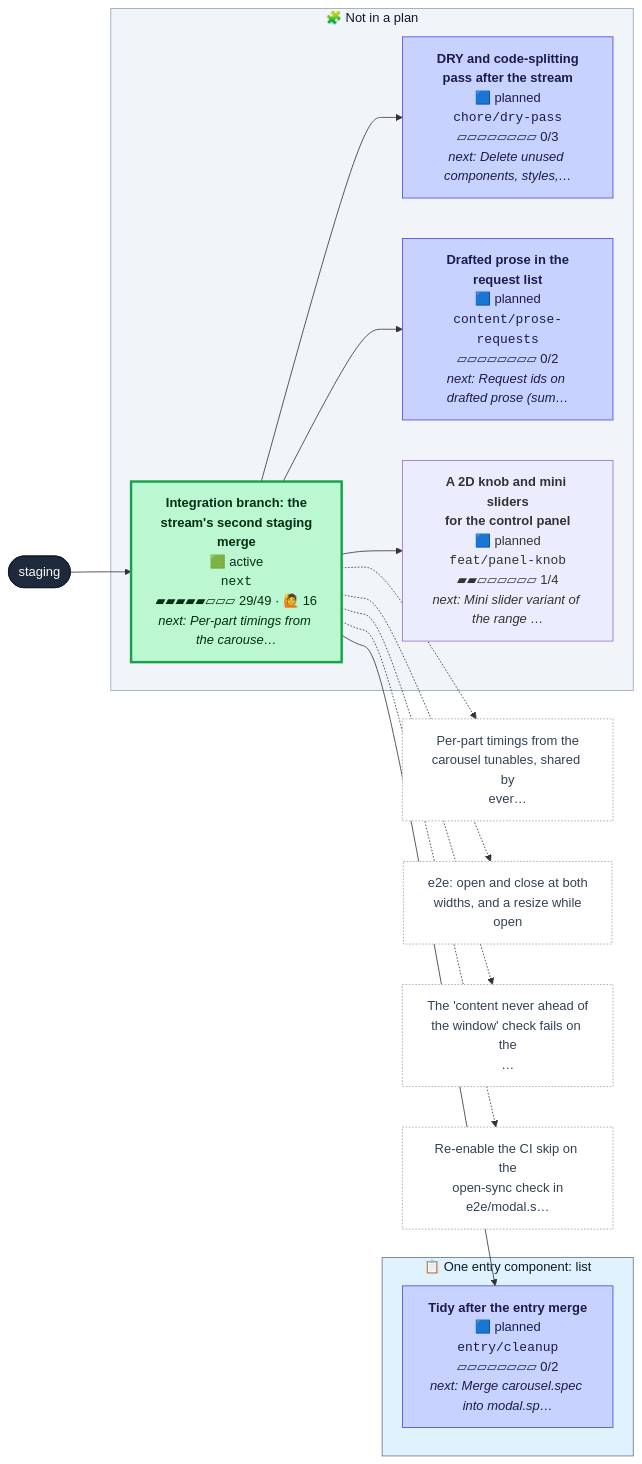
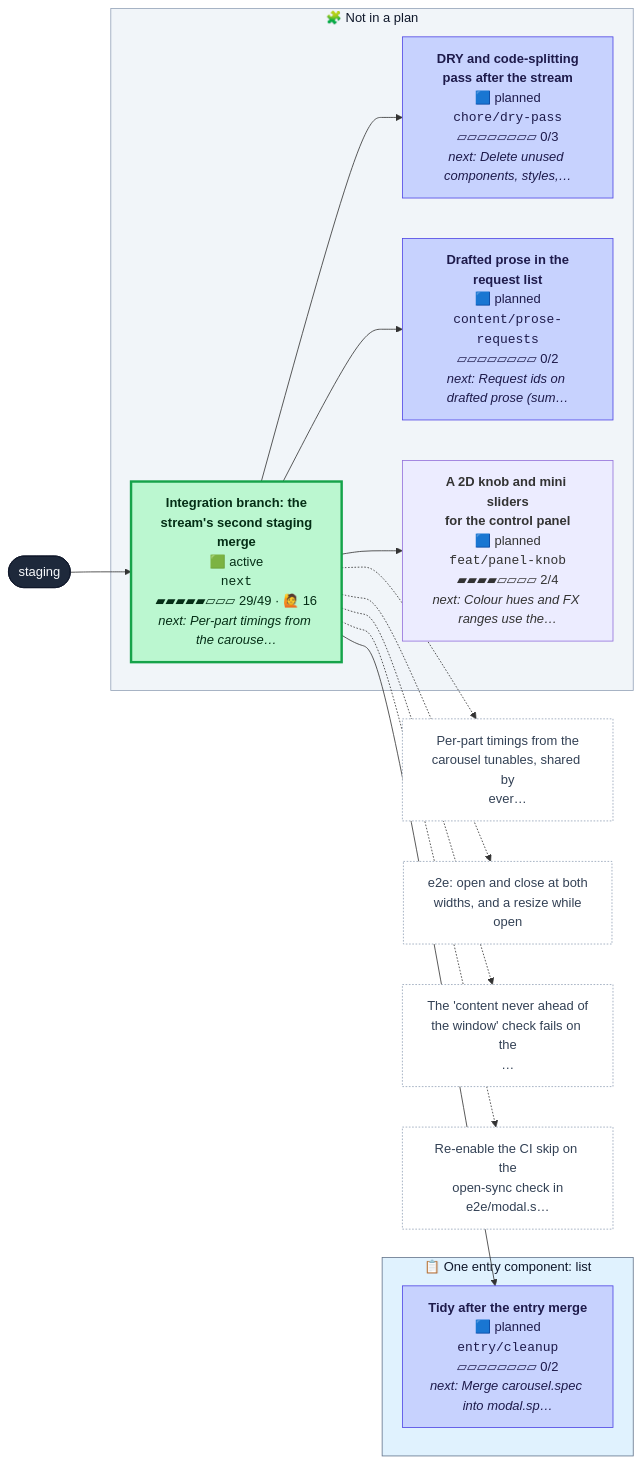
Before and after one commit to henryjonescodes/portfolio: the first of 2 diagrams in CONTRIBUTING.md, drawn with Mermaid. The commit also changed other lines of this file, not shown here.

````diff
--- a/CONTRIBUTING.md
+++ b/CONTRIBUTING.md
@@ -16,47 +16,47 @@
 ```mermaid
 flowchart LR
   n_staging([staging])
   class n_staging trunk
   subgraph plan_0["📋 One entry component: list"]
     n_entry_cleanup["<b>Tidy after the entry merge</b><br/>🟦 planned<br/><code>entry/cleanup</code><br/>▱▱▱▱▱▱▱▱ 0/2<br/><i>next: Merge carousel.spec into modal.sp…</i>"]
     class n_entry_cleanup planned
   end
   style plan_0 fill:#e0f2fe,stroke:#64748b,color:#0f172a
   subgraph loose["🧩 Not in a plan"]
     n_chore_dry_pass["<b>DRY and code-splitting<br/>pass after the stream</b><br/>🟦 planned<br/><code>chore/dry-pass</code><br/>▱▱▱▱▱▱▱▱ 0/3<br/><i>next: Delete unused components, styles,…</i>"]
     class n_chore_dry_pass planned
     n_content_prose_requests["<b>Drafted prose in the<br/>request list</b><br/>🟦 planned<br/><code>content/prose-requests</code><br/>▱▱▱▱▱▱▱▱ 0/2<br/><i>next: Request ids on drafted prose (sum…</i>"]
     class n_content_prose_requests planned
-    n_feat_panel_knob["<b>A 2D knob and mini sliders<br/>for the control panel</b><br/>🟦 planned<br/><code>feat/panel-knob</code><br/>▰▰▱▱▱▱▱▱ 1/4<br/><i>next: Mini slider variant of the range …</i>"]
+    n_feat_panel_knob["<b>A 2D knob and mini sliders<br/>for the control panel</b><br/>🟦 planned<br/><code>feat/panel-knob</code><br/>▰▰▰▰▱▱▱▱ 2/4<br/><i>next: Colour hues and FX ranges use the…</i>"]
     class n_feat_panel_knob planned,current
     n_next["<b>Integration branch: the<br/>stream's second staging<br/>merge</b><br/>🟩 active<br/><code>next</code><br/>▰▰▰▰▰▱▱▱ 29/49 · 🙋 16<br/><i>next: Per-part timings from the carouse…</i>"]
     class n_next active
   end
   style loose fill:#f1f5f9,stroke:#94a3b8,color:#0f172a
   n_next --> n_chore_dry_pass
   n_next --> n_content_prose_requests
   n_next --> n_entry_cleanup
   n_next --> n_feat_panel_knob
   n_staging --> n_next
   n_next_t0["Per-part timings from the<br/>carousel tunables, shared by<br/>ever…"]
   class n_next_t0 todo
   n_next -.-> n_next_t0
   n_next_t1["e2e: open and close at both<br/>widths, and a resize while<br/>open"]
   class n_next_t1 todo
   n_next -.-> n_next_t1
   n_next_t2["The 'content never ahead of<br/>the window' check fails on the<br/>…"]
   class n_next_t2 todo
   n_next -.-> n_next_t2
   n_next_t3["Re-enable the CI skip on the<br/>open-sync check in<br/>e2e/modal.s…"]
   class n_next_t3 todo
   n_next -.-> n_next_t3
   classDef merged fill:#dcfce7,stroke:#16a34a,color:#052e16
   classDef todo fill:#ffffff,stroke:#94a3b8,stroke-dasharray:2 2,color:#334155
   classDef planned fill:#c7d2fe,stroke:#4f46e5,color:#1e1b4b
   classDef sketched fill:#f8fafc,stroke:#64748b,stroke-dasharray:4 3,color:#334155
   classDef active fill:#bbf7d0,stroke:#16a34a,stroke-width:3px,color:#052e16
   classDef review fill:#fde68a,stroke:#d97706,stroke-width:3px,color:#451a03
   classDef blocked fill:#fecaca,stroke:#dc2626,stroke-width:3px,color:#450a0a
   classDef trunk fill:#1e293b,stroke:#0f172a,color:#f8fafc
   classDef current stroke:#0ea5e9,stroke-width:5px
 ```
````
